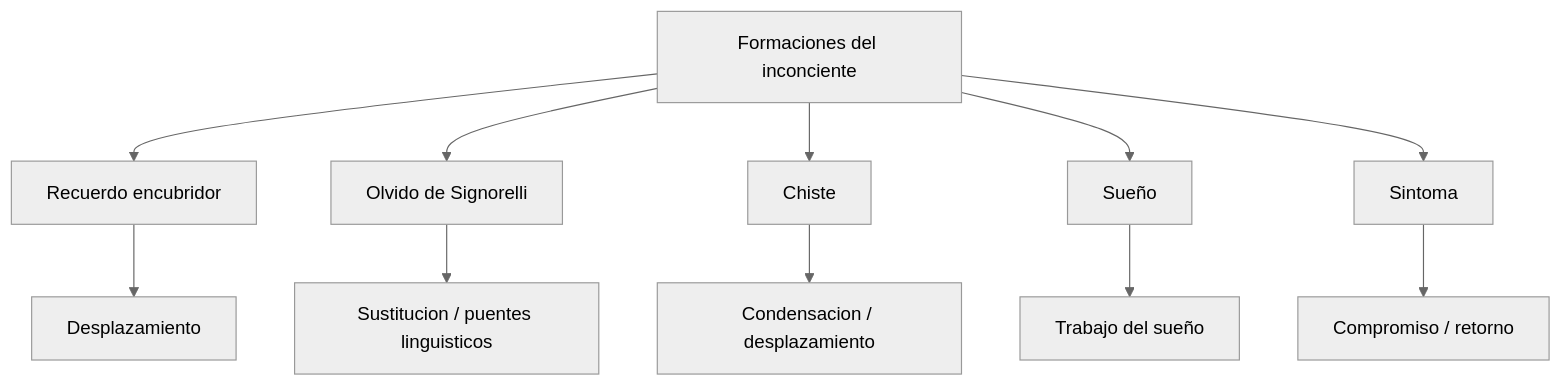
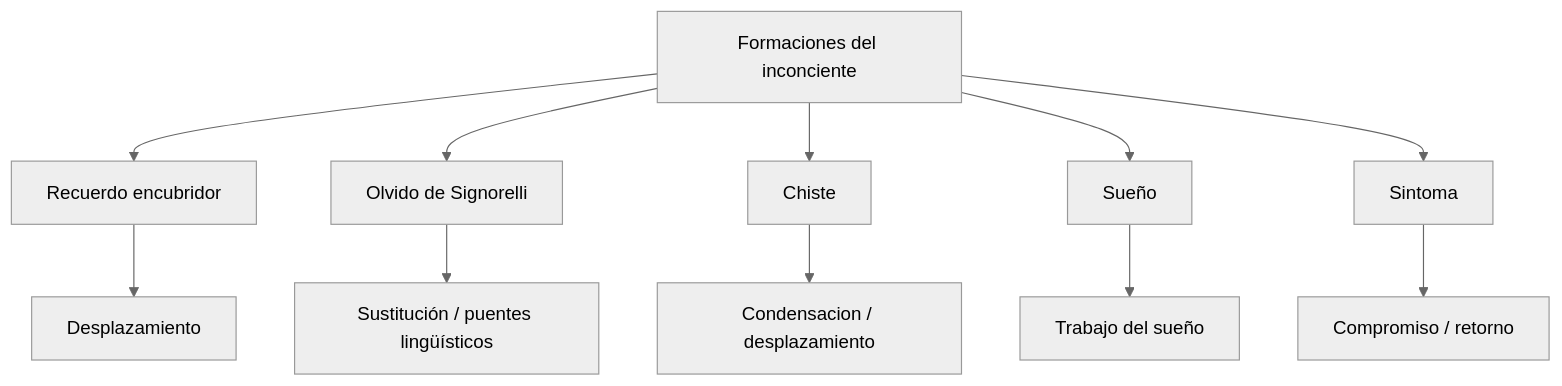
The third of 3 diagrams in libro/bookops/02-sintesis-integrada/04-formaciones-del-inconciente.md (javifernandes/psicoanalisis-freud-laznik), drawn with Mermaid (neutral theme) before and after one commit. The commit also changed other lines of this file and 30 other files, not shown here.

````diff
--- a/libro/bookops/02-sintesis-integrada/04-formaciones-del-inconciente.md
+++ b/libro/bookops/02-sintesis-integrada/04-formaciones-del-inconciente.md
@@ -90,13 +90,13 @@
 ```mermaid
 flowchart TD
   A["Formaciones del inconciente"] --> B["Recuerdo encubridor"]
   A --> C["Olvido de Signorelli"]
   A --> D["Chiste"]
   A --> E["Sueño"]
   A --> F["Sintoma"]
   B --> G["Desplazamiento"]
-  C --> H["Sustitucion / puentes linguisticos"]
+  C --> H["Sustitución / puentes lingüísticos"]
   D --> I["Condensacion / desplazamiento"]
   E --> J["Trabajo del sueño"]
   F --> K["Compromiso / retorno"]
 ```
````
